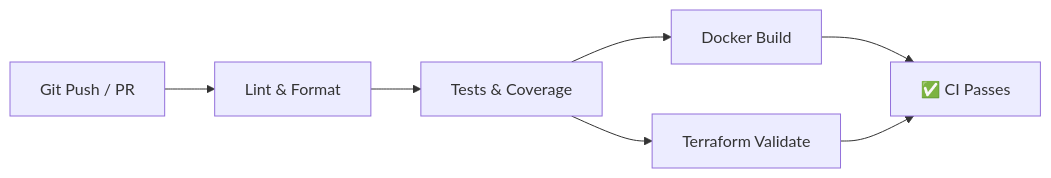
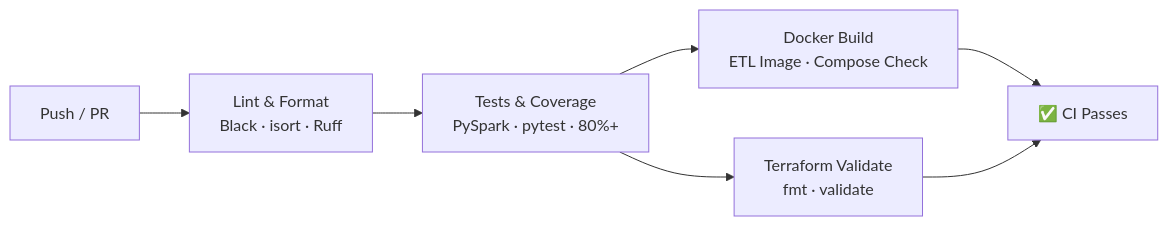
One commit to ojeshwigautam/DataLakehouse-Platform changed the fifth of 7 diagrams in README.md. Above: the diagram before and after it, drawn with Mermaid. The commit also changed other lines of this file and 9 other files, not shown here.

Commit message:
docs: add comprehensive project documentation and architecture guides

````diff
--- a/README.md
+++ b/README.md
@@ -482,9 +720,9 @@
 ```mermaid
 flowchart LR
-    A[Git Push / PR] --> B[Lint & Format]
-    B --> C[Tests & Coverage]
-    C --> D[Docker Build]
-    C --> E[Terraform Validate]
-    D --> F[✅ CI Passes]
-    E --> F
+    PUSH[Push / PR] --> LINT[Lint & Format<br/>Black · isort · Ruff]
+    LINT --> TEST[Tests & Coverage<br/>PySpark · pytest · 80%+]
+    TEST --> DOCKER[Docker Build<br/>ETL Image · Compose Check]
+    TEST --> TF[Terraform Validate<br/>fmt · validate]
+    DOCKER --> PASS[✅ CI Passes]
+    TF --> PASS
 ```
````
